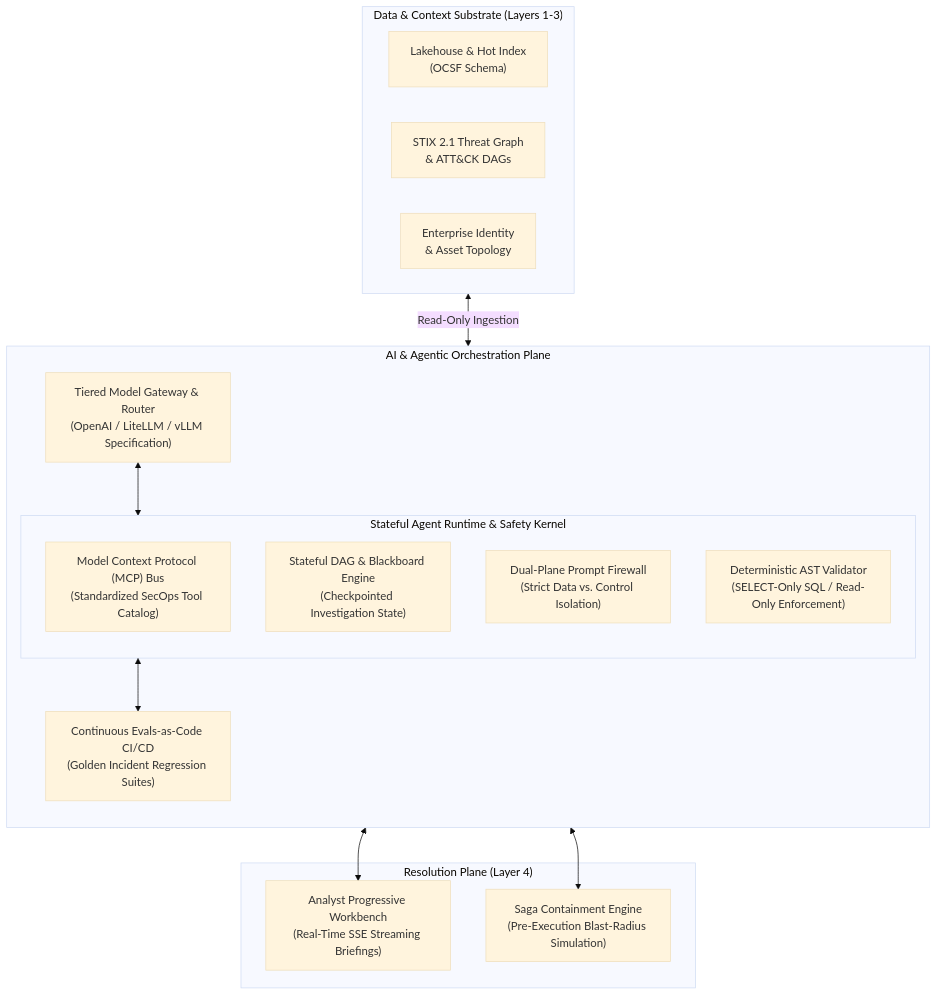
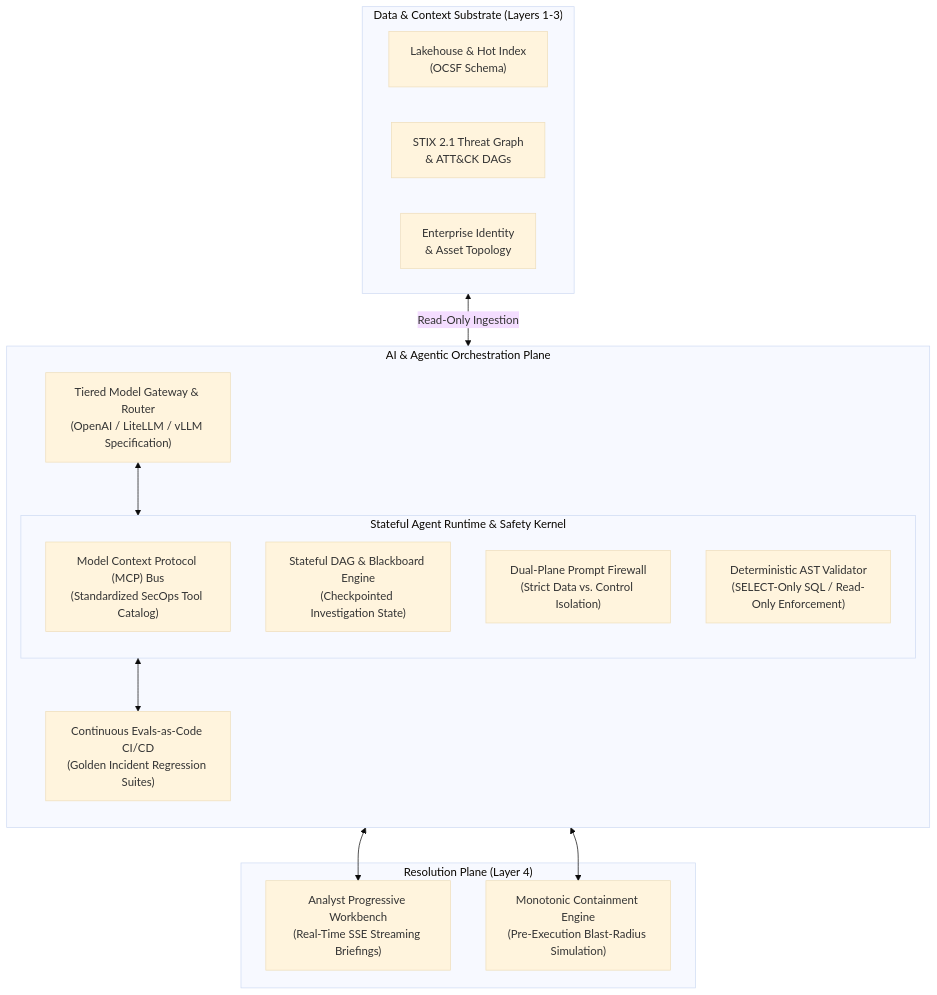
One commit to Haribu/TIDIR changed the diagram in docs/adr/0012-ai-orchestration-runtime-mcp-and-mvp-roadmap.md. Above: the diagram before and after it, drawn with Mermaid (base theme). The commit also changed other lines of this file and 10 other files, not shown here.

Commit message:
refactor(diagrams): harmonize remaining component diagrams to monotonic containment

````diff
--- a/docs/adr/0012-ai-orchestration-runtime-mcp-and-mvp-roadmap.md
+++ b/docs/adr/0012-ai-orchestration-runtime-mcp-and-mvp-roadmap.md
@@ -41,33 +41,33 @@
 ```mermaid
 flowchart TB
   subgraph L1_L3 ["Data & Context Substrate (Layers 1-3)"]
     L2_LAKE["Lakehouse & Hot Index\n(OCSF Schema)"]
     L3_GRAPH["STIX 2.1 Threat Graph\n& ATT&CK DAGs"]
     CMDB["Enterprise Identity\n& Asset Topology"]
   end
 
   subgraph AI_Plane ["AI & Agentic Orchestration Plane"]
     direction TB
     ROUTER["Tiered Model Gateway & Router\n(OpenAI / LiteLLM / vLLM Specification)"]
     
     subgraph CoreRuntime ["Stateful Agent Runtime & Safety Kernel"]
       MCP_BUS["Model Context Protocol (MCP) Bus\n(Standardized SecOps Tool Catalog)"]
       STATE_DAG["Stateful DAG & Blackboard Engine\n(Checkpointed Investigation State)"]
       PROMPT_FW["Dual-Plane Prompt Firewall\n(Strict Data vs. Control Isolation)"]
       AST_VAL["Deterministic AST Validator\n(SELECT-Only SQL / Read-Only Enforcement)"]
     end
     
     EVAL_HARNESS["Continuous Evals-as-Code CI/CD\n(Golden Incident Regression Suites)"]
   end
 
   subgraph L4_Plane ["Resolution Plane (Layer 4)"]
     WORKBENCH["Analyst Progressive Workbench\n(Real-Time SSE Streaming Briefings)"]
-    SAGA_EXEC["Saga Containment Engine\n(Pre-Execution Blast-Radius Simulation)"]
+    RESP_EXEC["Monotonic Containment Engine\n(Pre-Execution Blast-Radius Simulation)"]
   end
 
   L1_L3 <-->|Read-Only Ingestion| MCP_BUS
   ROUTER <--> CoreRuntime
   CoreRuntime <--> EVAL_HARNESS
   CoreRuntime <--> WORKBENCH
-  CoreRuntime <--> SAGA_EXEC
+  CoreRuntime <--> RESP_EXEC
 ```
````
